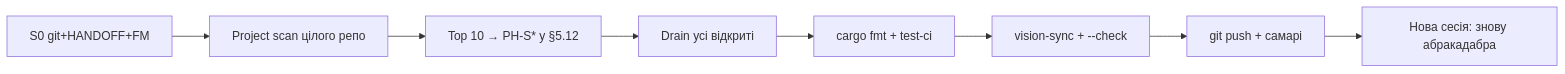
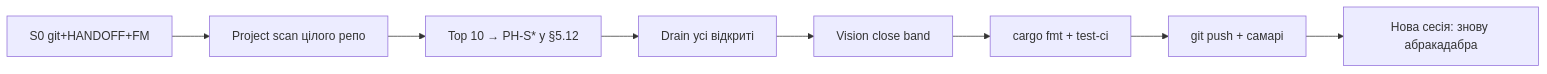
One commit to platinoff/poolAI changed the diagram in .cursor/rules/poolai-session-iteration.mdc. Above: the diagram before and after it, drawn with Mermaid. The commit also changed other lines of this file and 5 other files, not shown here.

````diff
--- a/.cursor/rules/poolai-session-iteration.mdc
+++ b/.cursor/rules/poolai-session-iteration.mdc
@@ -90,10 +90,10 @@
 ```mermaid
 flowchart LR
   S0[S0 git+HANDOFF+FM] --> Scan[Project scan цілого репо]
   Scan --> Pick[Top 10 → PH-S* у §5.12]
   Pick --> Drain[Drain усі відкриті]
-  Drain --> Test[cargo fmt + test-ci]
-  Test --> Vision[vision-sync + --check]
-  Vision --> Push[git push + самарі]
+  Drain --> Vision[Vision close band]
+  Vision --> Test[cargo fmt + test-ci]
+  Test --> Push[git push + самарі]
   Push --> Next[Нова сесія: знову абракадабра]
 ```
````
